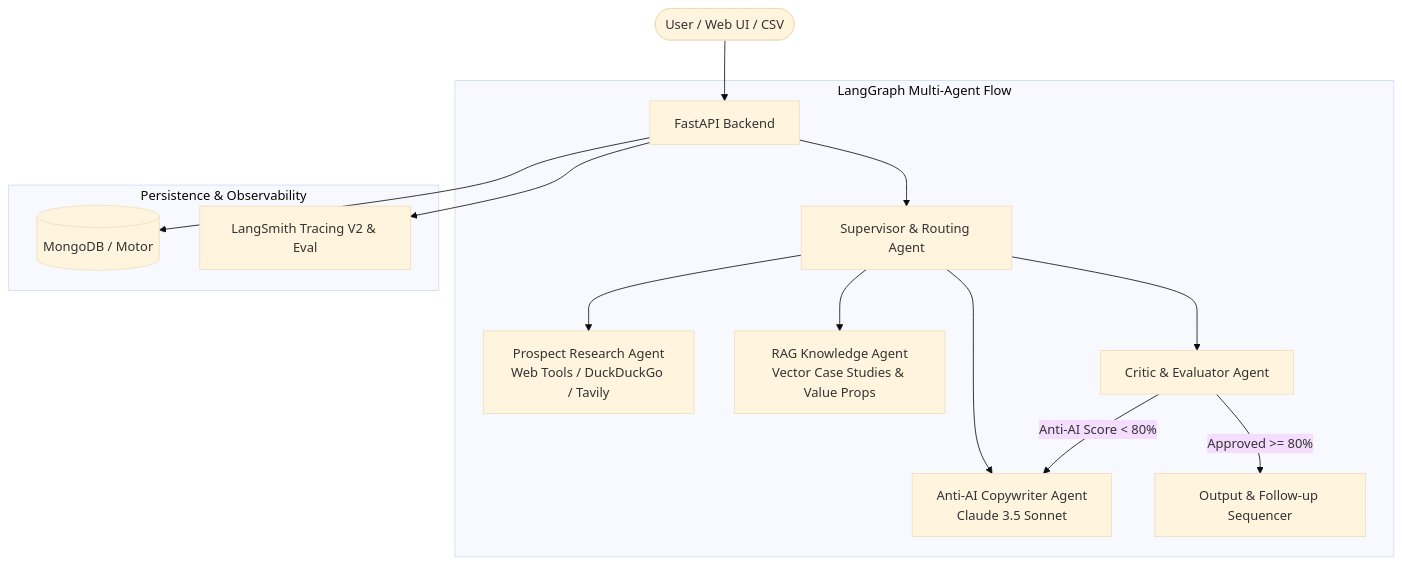
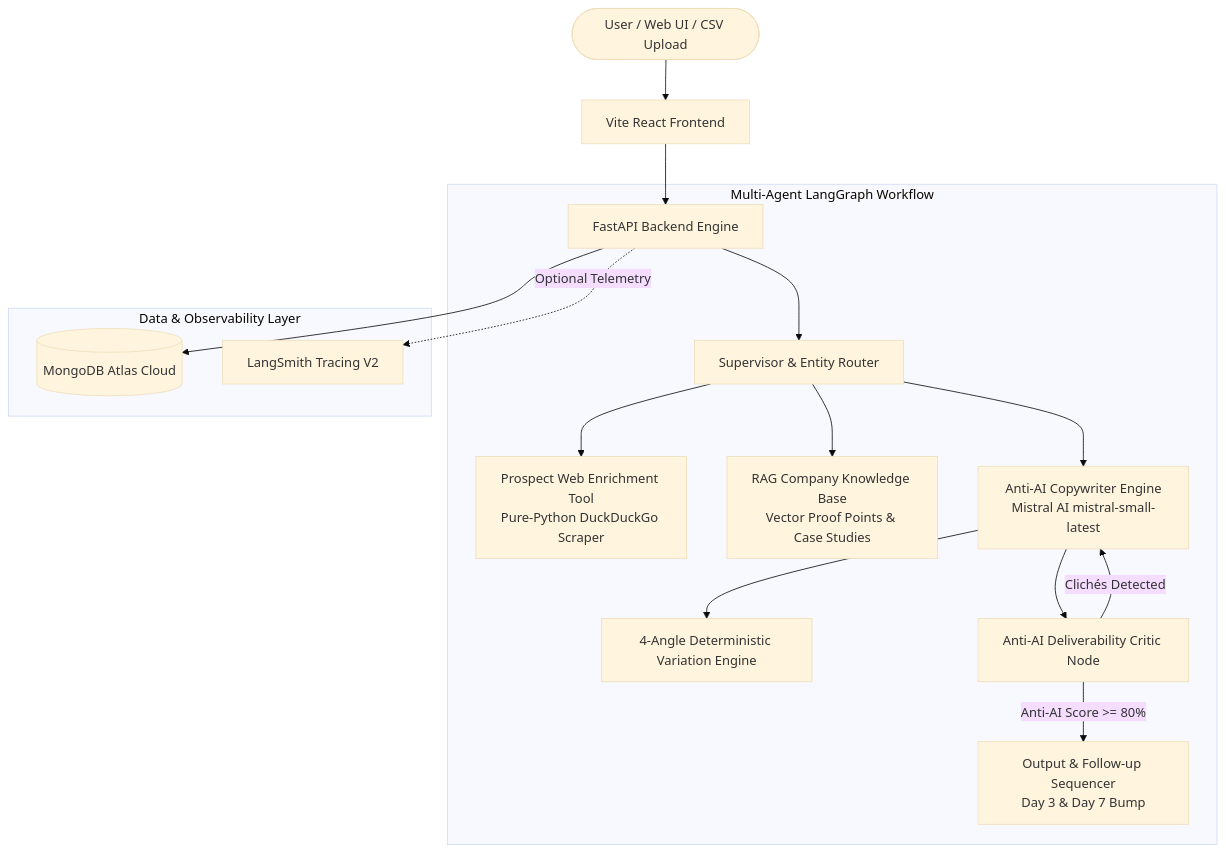
The diagram in README.md (salman712225/Cold-Outreach-Personaliser), drawn with Mermaid (base theme) before and after one commit. The commit also changed other lines of this file, not shown here.

Commit message:
docs: add comprehensive README with architecture, problem/solution, journey, and technical docs

````diff
--- a/README.md
+++ b/README.md
@@ -40,20 +68,23 @@
 ```mermaid
 graph TD
-    User([User / Web UI / CSV]) --> FastAPI[FastAPI Backend]
+    User([User / Web UI / CSV Upload]) --> Frontend[Vite React Frontend]
+    Frontend --> FastAPI[FastAPI Backend Engine]
 
-    subgraph LangGraph Multi-Agent Flow
-        FastAPI --> Supervisor[Supervisor & Routing Agent]
-        Supervisor --> ResearchAgent[Prospect Research Agent\nWeb Tools / DuckDuckGo / Tavily]
-        Supervisor --> RAGAgent[RAG Knowledge Agent\nVector Case Studies & Value Props]
-        Supervisor --> CopywriterAgent[Anti-AI Copywriter Agent\nClaude 3.5 Sonnet]
-        Supervisor --> CriticAgent[Critic & Evaluator Agent]
+    subgraph Multi-Agent LangGraph Workflow
+        FastAPI --> Supervisor[Supervisor & Entity Router]
+        Supervisor --> WebEnrichment[Prospect Web Enrichment Tool\nPure-Python DuckDuckGo Scraper]
+        Supervisor --> RAGEngine[RAG Company Knowledge Base\nVector Proof Points & Case Studies]
+        Supervisor --> Copywriter[Anti-AI Copywriter Engine\nMistral AI mistral-small-latest]
         
-        CriticAgent -->|Anti-AI Score < 80%| CopywriterAgent
-        CriticAgent -->|Approved >= 80%| OutputFormatter[Output & Follow-up Sequencer]
+        Copywriter --> DynamicFallback[4-Angle Deterministic Variation Engine]
+        Copywriter --> CriticNode[Anti-AI Deliverability Critic Node]
+        
+        CriticNode -->|Anti-AI Score >= 80%| Output[Output & Follow-up Sequencer\nDay 3 & Day 7 Bump]
+        CriticNode -->|Clichés Detected| Copywriter
     end
 
-    subgraph Persistence & Observability
-        FastAPI --> MongoDB[(MongoDB / Motor)]
-        FastAPI --> LangSmith[LangSmith Tracing V2 & Eval]
+    subgraph Data & Observability Layer
+        FastAPI --> MongoDB[(MongoDB Atlas Cloud)]
+        FastAPI -.->|Optional Telemetry| LangSmith[LangSmith Tracing V2]
     end
 ```
````
